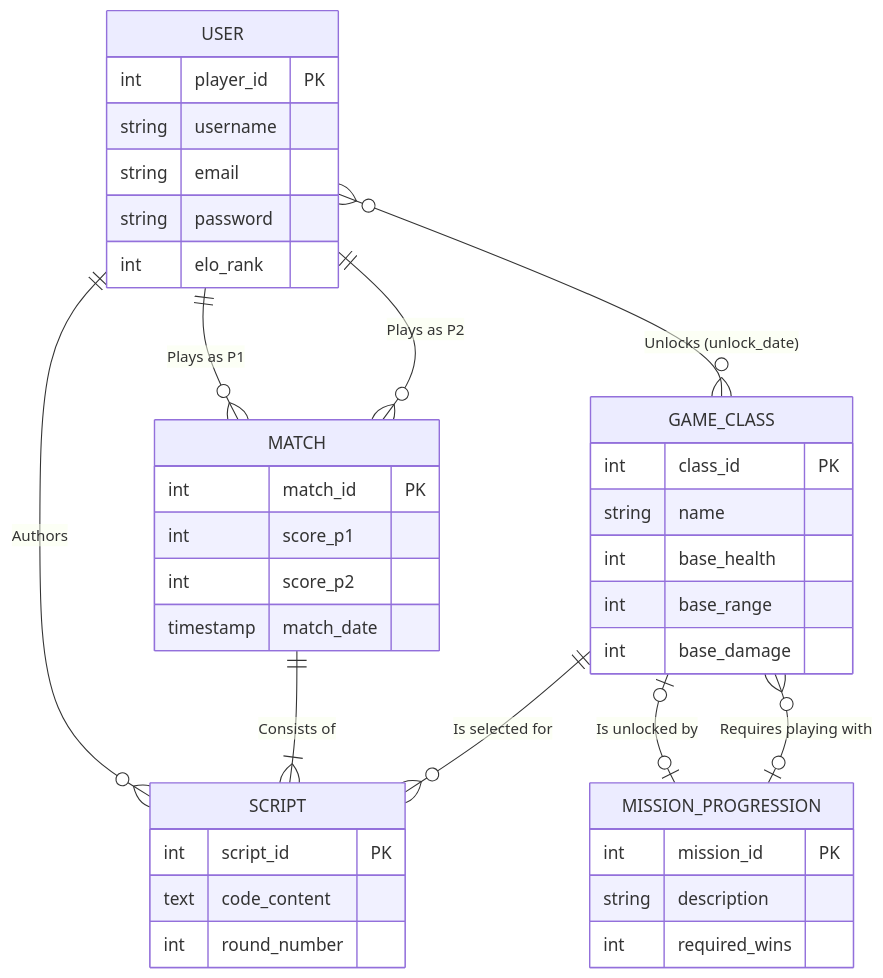
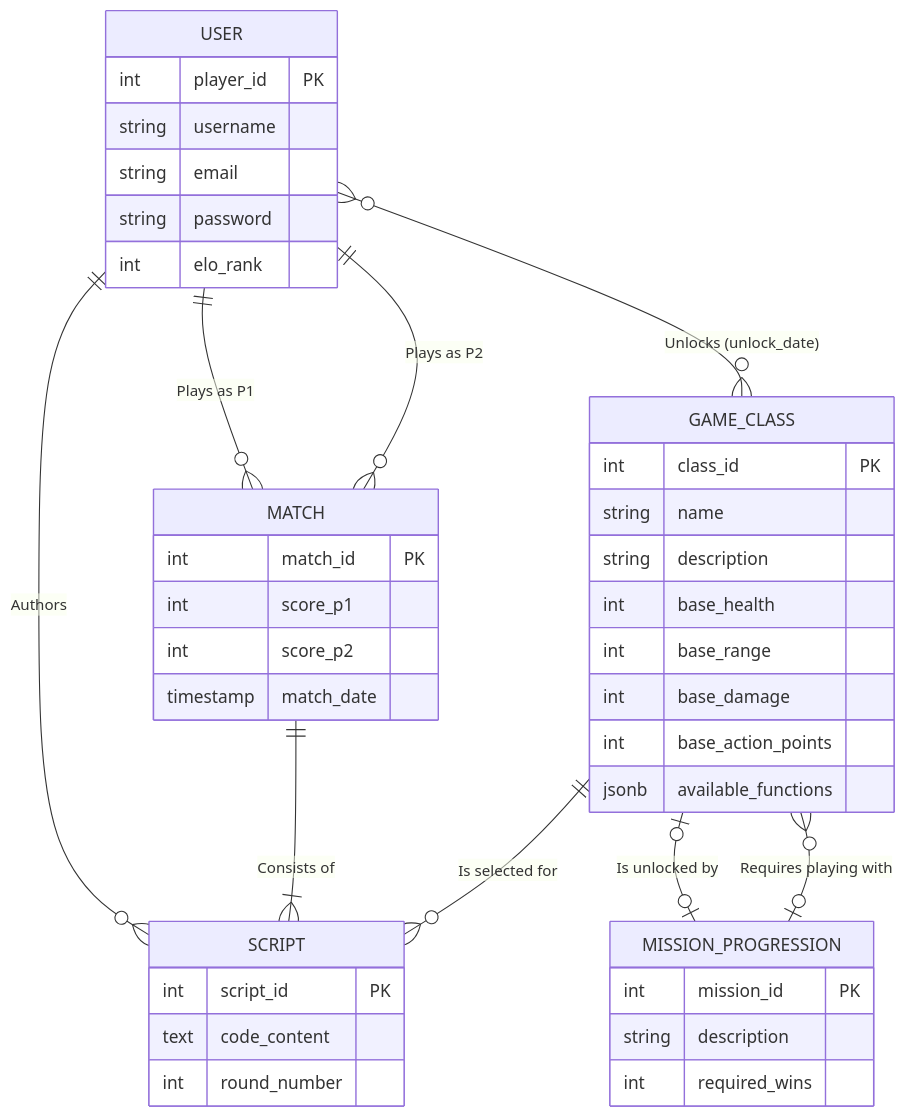
Before and after one commit to SAE-AMAURY/SAE_BUT3: the diagram in docs/database/mcd-mld.md, drawn with Mermaid. The commit also changed other lines of this file and 2 other files, not shown here.

Commit message:
feat(db): enrichissement de la table class, seeds JSONB et tests unitaires (#27)

````diff
--- a/docs/database/mcd-mld.md
+++ b/docs/database/mcd-mld.md
@@ -11,43 +11,46 @@
 ```mermaid
 erDiagram
     USER {
         int player_id PK
         string username
         string email
         string password
         int elo_rank
     }
     MATCH {
         int match_id PK
         int score_p1
         int score_p2
         timestamp match_date
     }
     GAME_CLASS {
         int class_id PK
         string name
+        string description
         int base_health
         int base_range
         int base_damage
+        int base_action_points
+        jsonb available_functions
     }
     MISSION_PROGRESSION {
         int mission_id PK
         string description
         int required_wins
     }
     SCRIPT {
         int script_id PK
         text code_content
         int round_number
     }
 
     %% Relationships
     USER ||--o{ MATCH : "Plays as P1"
     USER ||--o{ MATCH : "Plays as P2"
     USER }o--o{ GAME_CLASS : "Unlocks (unlock_date)"
     USER ||--o{ SCRIPT : "Authors"
     MATCH ||--|{ SCRIPT : "Consists of"
     GAME_CLASS ||--o{ SCRIPT : "Is selected for"
     GAME_CLASS |o--o| MISSION_PROGRESSION : "Is unlocked by"
     MISSION_PROGRESSION |o--o{ GAME_CLASS : "Requires playing with"
 ```
````
